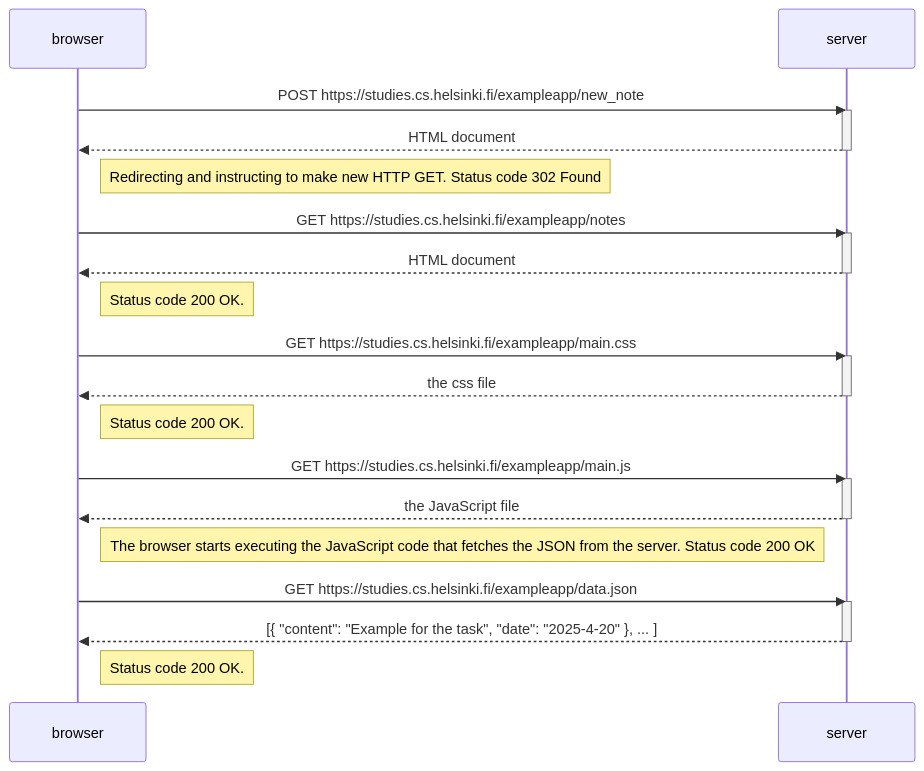
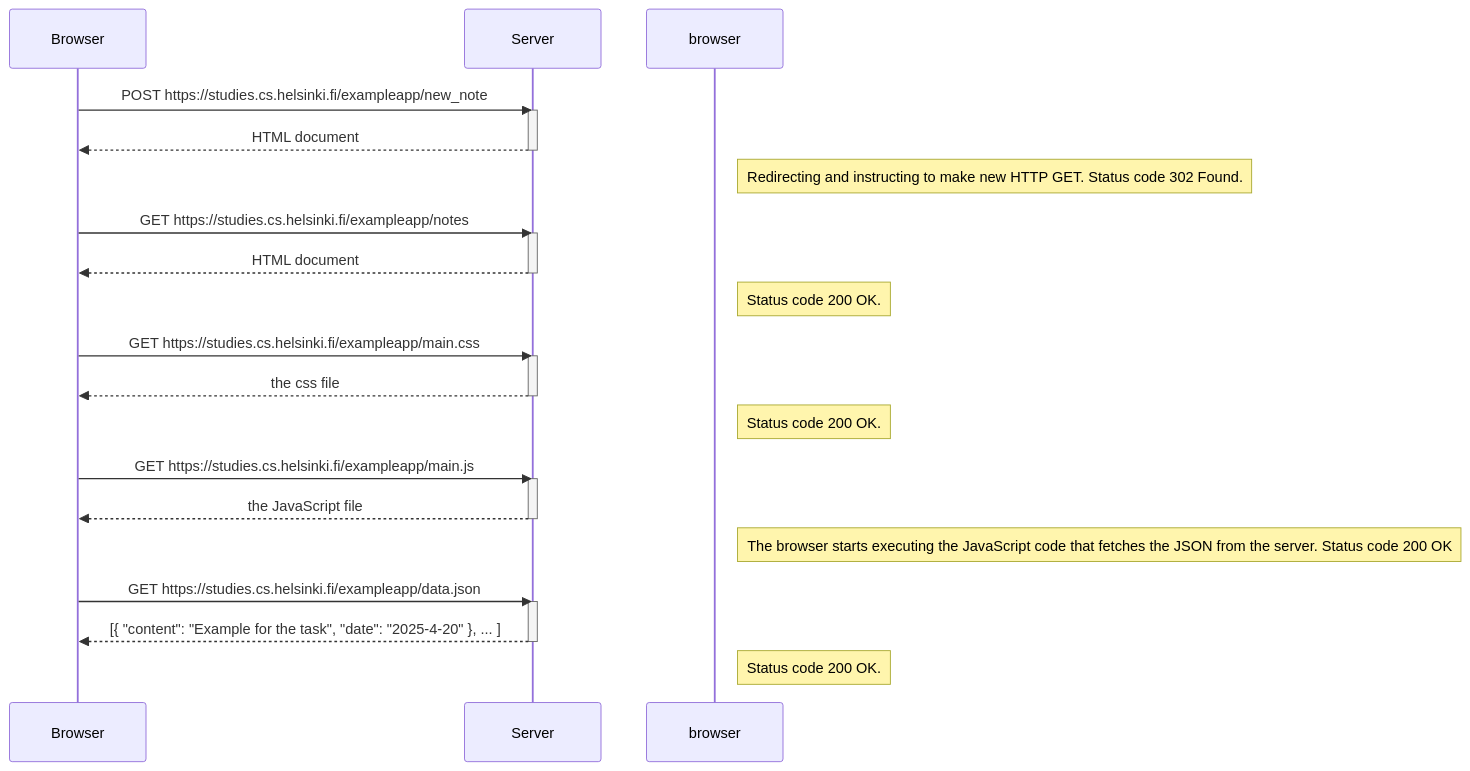
One commit to saravert/FullStackPalautus changed the diagram in osa0/uusiMuistiinpano.md. Above: the diagram before and after it, drawn with Mermaid.

````diff
--- a/osa0/uusiMuistiinpano.md
+++ b/osa0/uusiMuistiinpano.md
@@ -1,40 +1,40 @@
 ```mermaid
 sequenceDiagram
-    participant browser
-    participant server
+    participant Browser
+    participant Server
 
-    browser->>server: POST https://studies.cs.helsinki.fi/exampleapp/new_note
-    activate server
-    server-->>browser: HTML document
-    deactivate server
+    Browser->>Server: POST https://studies.cs.helsinki.fi/exampleapp/new_note
+    activate Server
+    Server-->>Browser: HTML document
+    deactivate Server
 
-    Note right of browser: Redirecting and instructing to make new HTTP GET. Status code 302 Found
+    Note right of browser: Redirecting and instructing to make new HTTP GET. Status code 302 Found.
 
-    browser->>server: GET https://studies.cs.helsinki.fi/exampleapp/notes
-    activate server
-    server-->>browser: HTML document
-    deactivate server
+    Browser->>Server: GET https://studies.cs.helsinki.fi/exampleapp/notes
+    activate Server
+    Server-->>Browser: HTML document
+    deactivate Server
 
     Note right of browser: Status code 200 OK. 
     
-    browser->>server: GET https://studies.cs.helsinki.fi/exampleapp/main.css
-    activate server
-    server-->>browser: the css file
-    deactivate server
+    Browser->>Server: GET https://studies.cs.helsinki.fi/exampleapp/main.css
+    activate Server
+    Server-->>Browser: the css file
+    deactivate Server
 
     Note right of browser: Status code 200 OK. 
     
-    browser->>server: GET https://studies.cs.helsinki.fi/exampleapp/main.js
-    activate server
-    server-->>browser: the JavaScript file
-    deactivate server
+    Browser->>Server: GET https://studies.cs.helsinki.fi/exampleapp/main.js
+    activate Server
+    Server-->>Browser: the JavaScript file
+    deactivate Server
     
     Note right of browser: The browser starts executing the JavaScript code that fetches the JSON from the server. Status code 200 OK
     
-    browser->>server: GET https://studies.cs.helsinki.fi/exampleapp/data.json
-    activate server
-    server-->>browser: [{ "content": "Example for the task", "date": "2025-4-20" }, ... ]
-    deactivate server
+    Browser->>Server: GET https://studies.cs.helsinki.fi/exampleapp/data.json
+    activate Server
+    Server-->>Browser: [{ "content": "Example for the task", "date": "2025-4-20" }, ... ]
+    deactivate Server
 
     Note right of browser: Status code 200 OK. 
 ```
````
